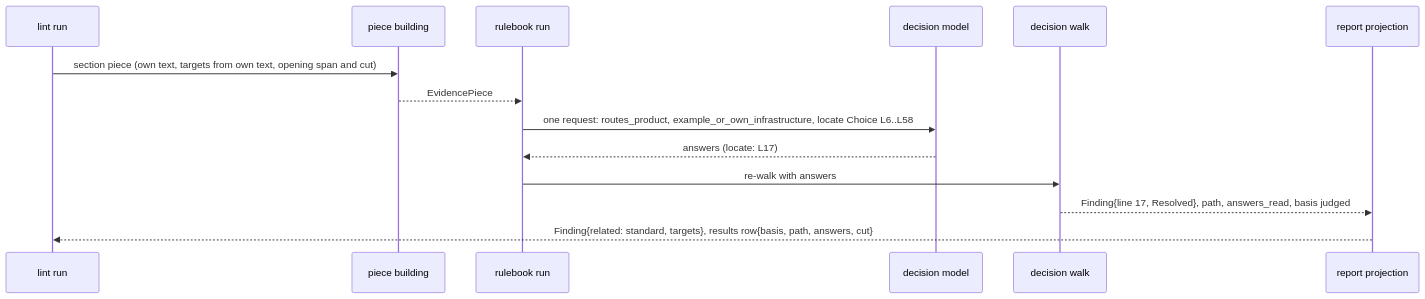
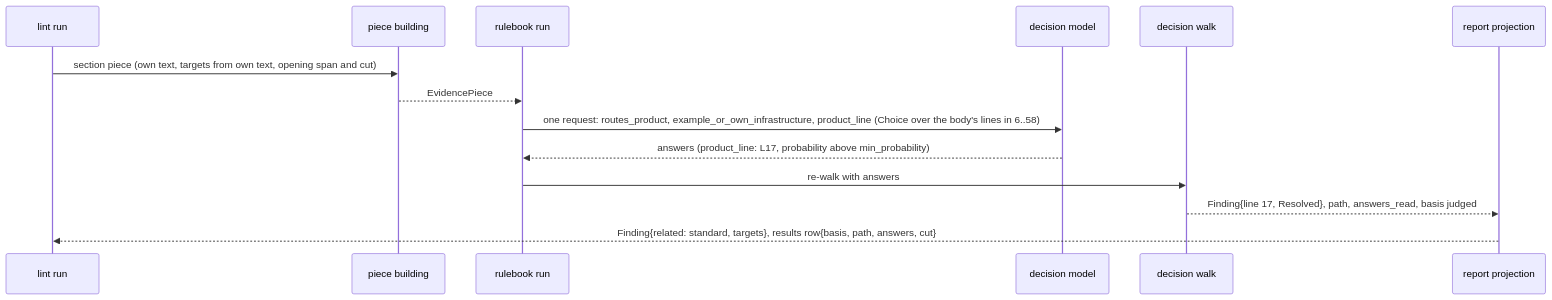
One commit to ShravanSunder/sunstack-tools changed the third of 3 diagrams in docs/specs/2026-10-31-rules-as-nudges-engine/program-design.md. Above: the diagram before and after it, drawn with Mermaid. The commit also changed other lines of this file and 4 other files, not shown here.

````diff
--- a/docs/specs/2026-10-31-rules-as-nudges-engine/program-design.md
+++ b/docs/specs/2026-10-31-rules-as-nudges-engine/program-design.md
@@ -122,16 +141,16 @@
 ```mermaid
 sequenceDiagram
   participant Lint as lint run
   participant Build as piece building
   participant Run as rulebook run
   participant Jev as decision model
   participant Walk as decision walk
   participant Proj as report projection
   Lint->>Build: section piece (own text, targets from own text, opening span and cut)
   Build-->>Run: EvidencePiece
-  Run->>Jev: one request: routes_product, example_or_own_infrastructure, locate Choice L6..L58
-  Jev-->>Run: answers (locate: L17)
+  Run->>Jev: one request: routes_product, example_or_own_infrastructure, product_line (Choice over the body's lines in 6..58)
+  Jev-->>Run: answers (product_line: L17, probability above min_probability)
   Run->>Walk: re-walk with answers
   Walk-->>Proj: Finding{line 17, Resolved}, path, answers_read, basis judged
   Proj-->>Lint: Finding{related: standard, targets}, results row{basis, path, answers, cut}
 ```
````
